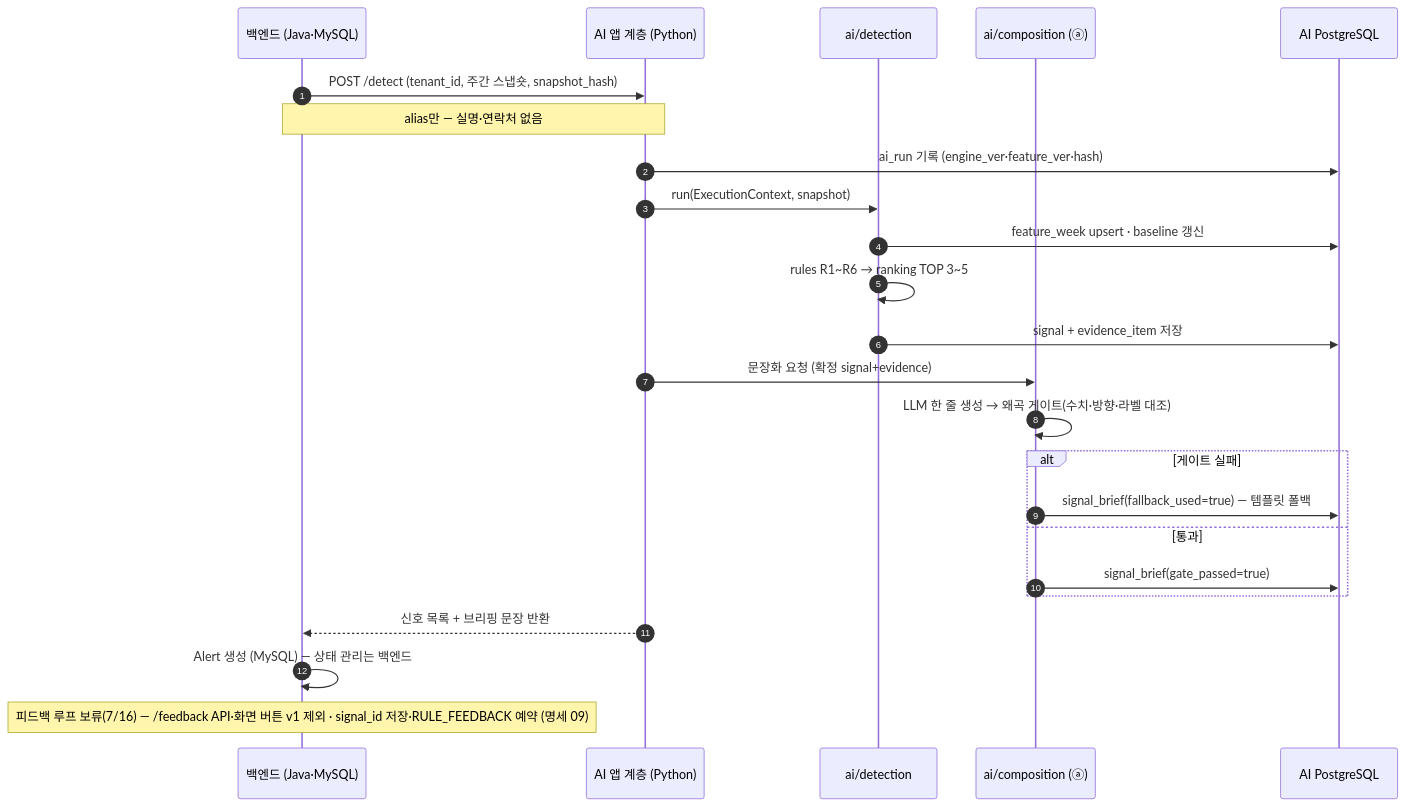
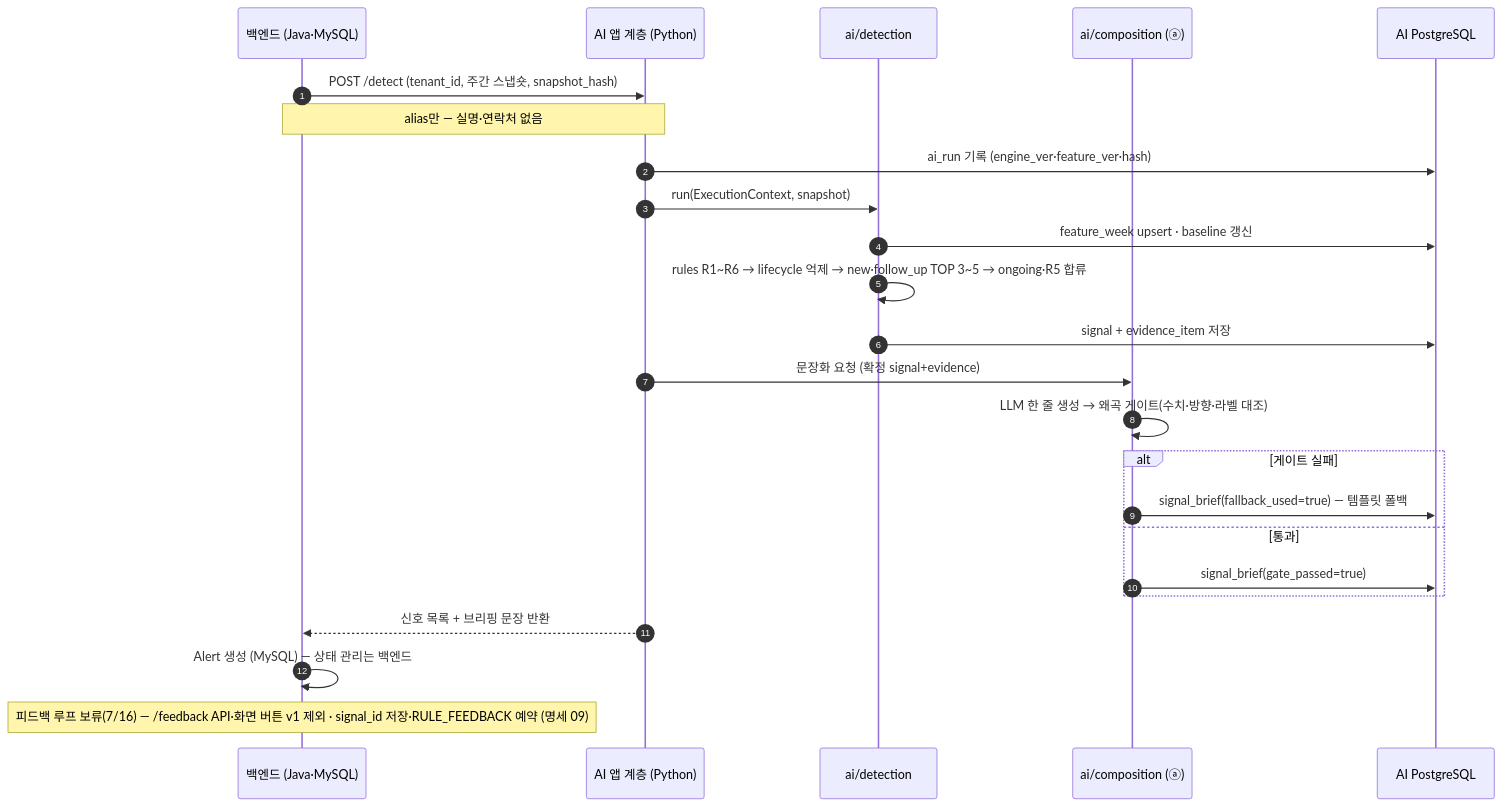
The sixth of 12 diagrams in docs/part_a/02_design.md (MTVS5-CheckOn/CheckOn-AI), drawn with Mermaid before and after one commit. The commit also changed other lines of this file and 3 other files, not shown here.

````diff
--- a/docs/part_a/02_design.md
+++ b/docs/part_a/02_design.md
@@ -139,26 +141,26 @@
 ```mermaid
 sequenceDiagram
   autonumber
   participant BE as 백엔드 (Java·MySQL)
   participant API as AI 앱 계층 (Python)
   participant DET as ai/detection
   participant CMP as ai/composition (ⓐ)
   participant PG as AI PostgreSQL
   BE->>API: POST /detect (tenant_id, 주간 스냅숏, snapshot_hash)
   Note over BE,API: alias만 — 실명·연락처 없음
   API->>PG: ai_run 기록 (engine_ver·feature_ver·hash)
   API->>DET: run(ExecutionContext, snapshot)
   DET->>PG: feature_week upsert · baseline 갱신
-  DET->>DET: rules R1~R6 → ranking TOP 3~5
+  DET->>DET: rules R1~R6 → lifecycle 억제 → new·follow_up TOP 3~5 → ongoing·R5 합류
   DET->>PG: signal + evidence_item 저장
   API->>CMP: 문장화 요청 (확정 signal+evidence)
   CMP->>CMP: LLM 한 줄 생성 → 왜곡 게이트(수치·방향·라벨 대조)
   alt 게이트 실패
     CMP->>PG: signal_brief(fallback_used=true) — 템플릿 폴백
   else 통과
     CMP->>PG: signal_brief(gate_passed=true)
   end
   API-->>BE: 신호 목록 + 브리핑 문장 반환
   BE->>BE: Alert 생성 (MySQL) — 상태 관리는 백엔드
   Note over BE: 피드백 루프 보류(7/16) — /feedback API·화면 버튼 v1 제외 · signal_id 저장·RULE_FEEDBACK 예약 (명세 09)
 ```
````
